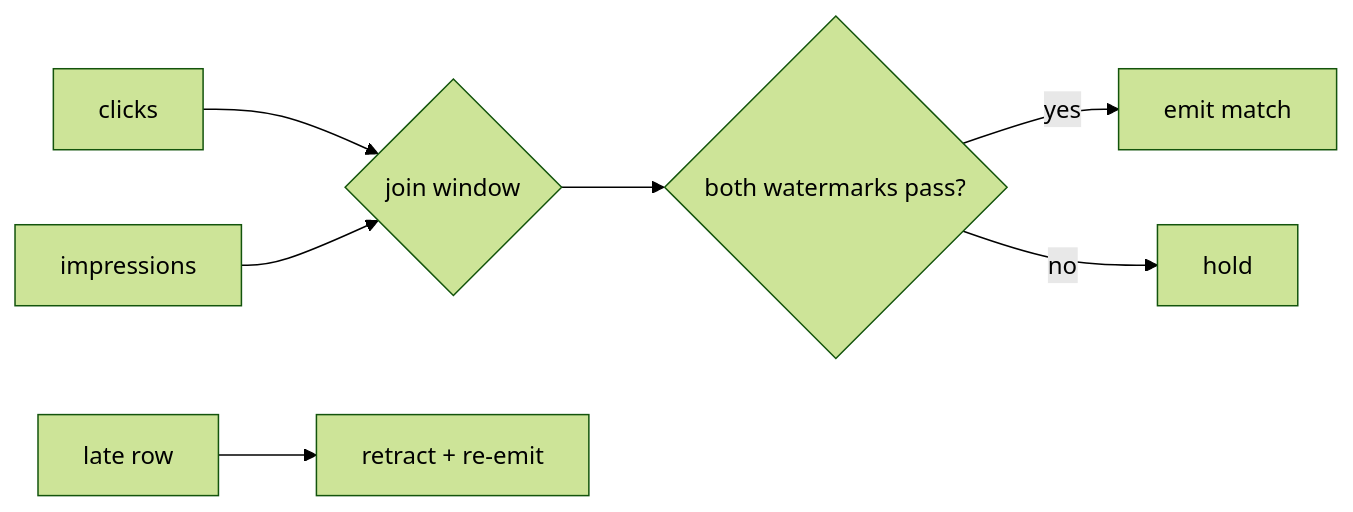
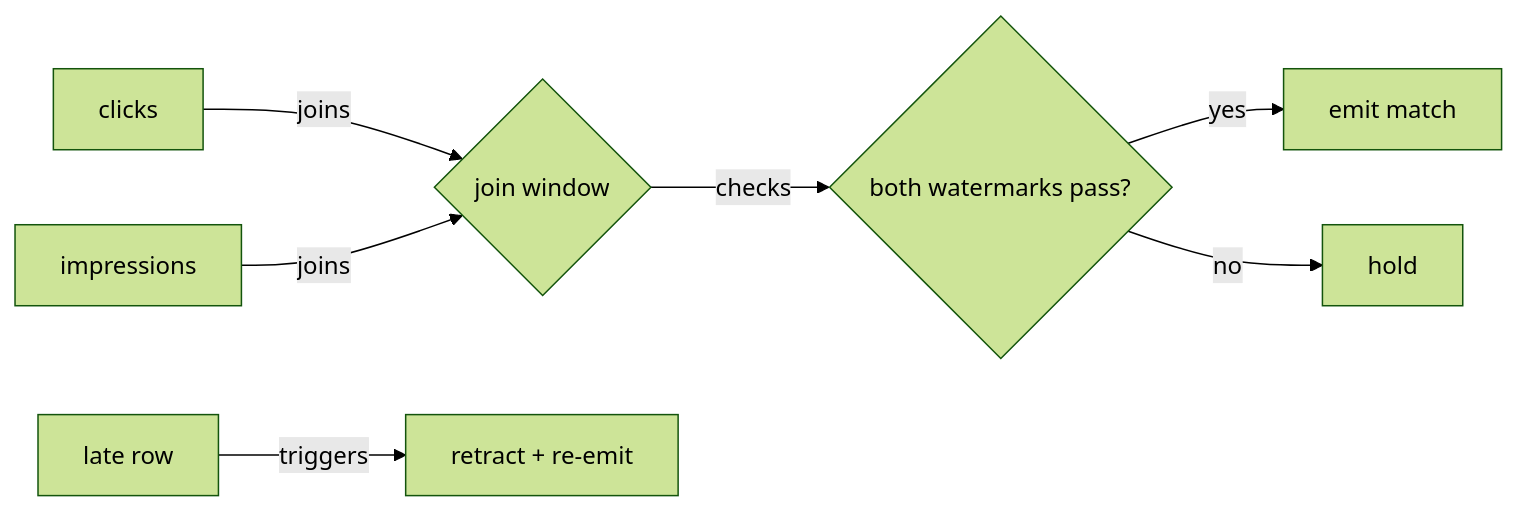
One commit to vinayakuber/streaming-systems-study-guide changed the ninth of 19 diagrams in docs/ch09-streaming-joins.md. Above: the diagram before and after it, drawn with Mermaid (forest theme). The commit also changed other lines of this file and 22 other files, not shown here.

First line of the commit message:
R18: label every diagram arrow with its meaning

````diff
--- a/docs/ch09-streaming-joins.md
+++ b/docs/ch09-streaming-joins.md
@@ -226,9 +226,9 @@
 ```mermaid
 flowchart LR
-  C["clicks"] --> J{join window}
-  I["impressions"] --> J
-  J --> W{both watermarks pass?}
+  C["clicks"] -->|"joins"| J{join window}
+  I["impressions"] -->|"joins"| J
+  J -->|"checks"| W{both watermarks pass?}
   W -->|yes| E[emit match]
   W -->|no| H[hold]
-  L["late row"] --> R[retract + re-emit]
+  L["late row"] -->|"triggers"| R[retract + re-emit]
 ```
````
